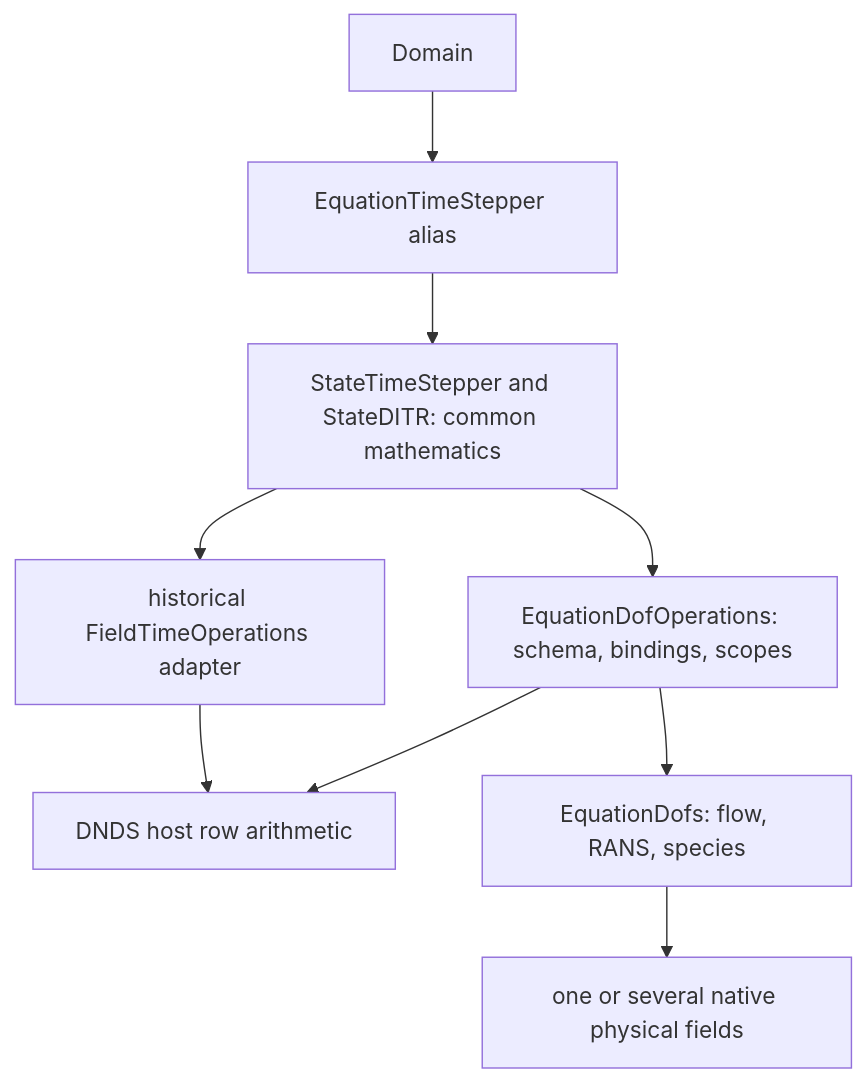
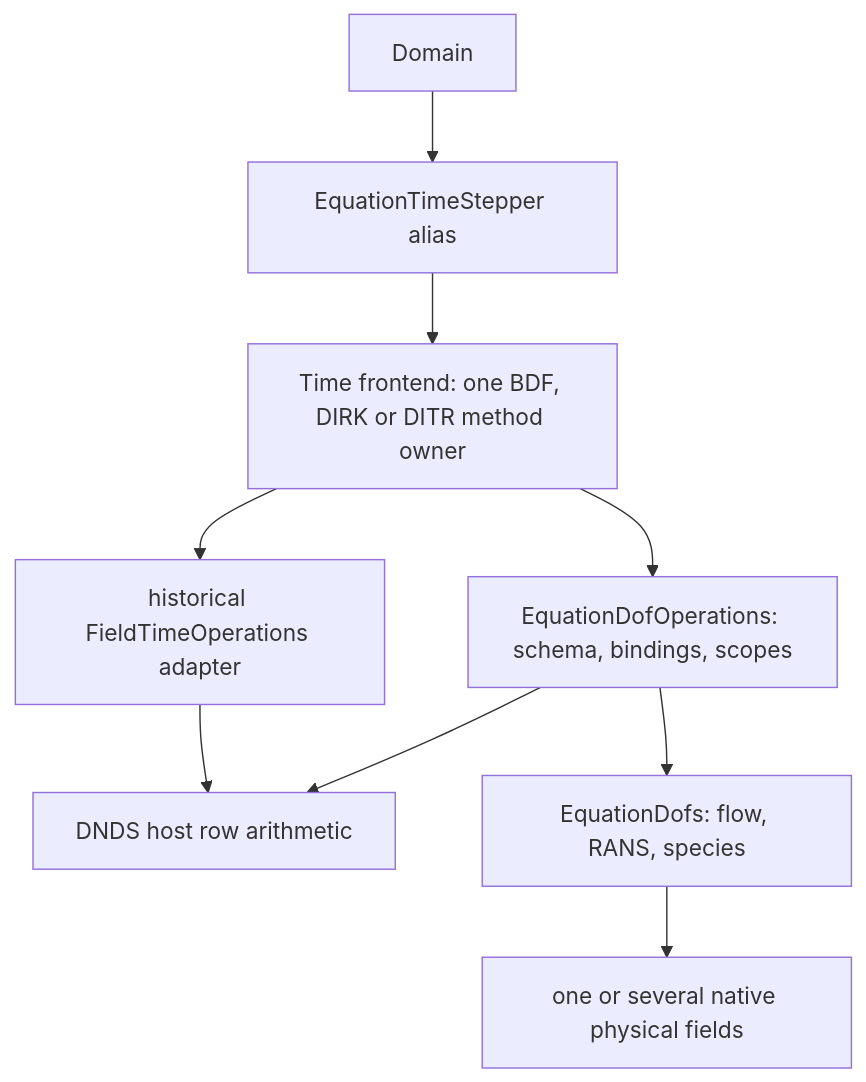
Before and after one commit to harryzhou2000/DNDSR: the second of 2 diagrams in docs/architecture/CauchyState.md, drawn with Mermaid. The commit also changed other lines of this file and 52 other files, not shown here.

````diff
--- a/docs/architecture/CauchyState.md
+++ b/docs/architecture/CauchyState.md
@@ -173,11 +176,11 @@
 ```mermaid
 flowchart TD
     Domain --> EquationDriver[EquationTimeStepper alias]
-    EquationDriver --> Generic[StateTimeStepper and StateDITR: common mathematics]
+    EquationDriver --> Generic[Time frontend: one BDF, DIRK or DITR method owner]
     Generic --> EquationOps[EquationDofOperations: schema, bindings, scopes]
     EquationOps --> DNDS[DNDS host row arithmetic]
     EquationOps --> State[EquationDofs: flow, RANS, species]
     State --> Fields[one or several native physical fields]
     Generic --> NativeOps[historical FieldTimeOperations adapter]
     NativeOps --> DNDS
 ```
````
